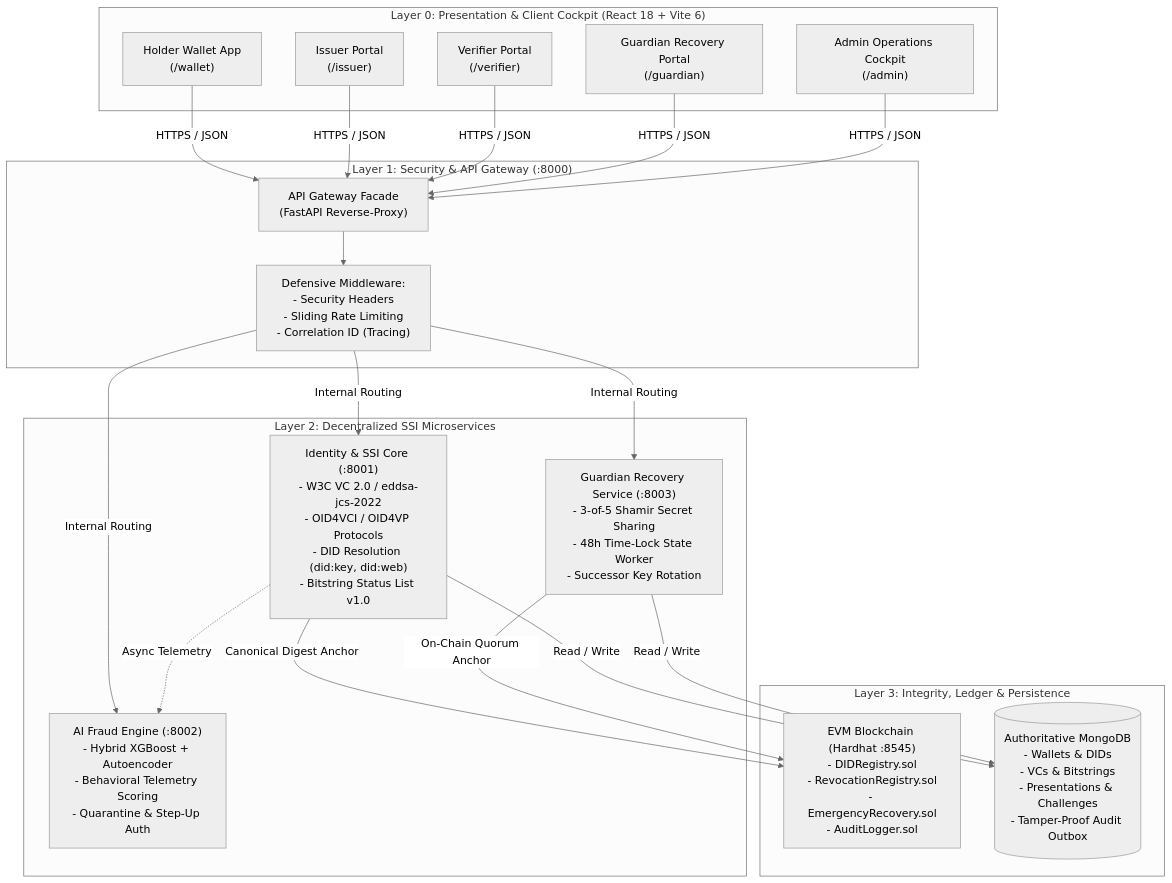
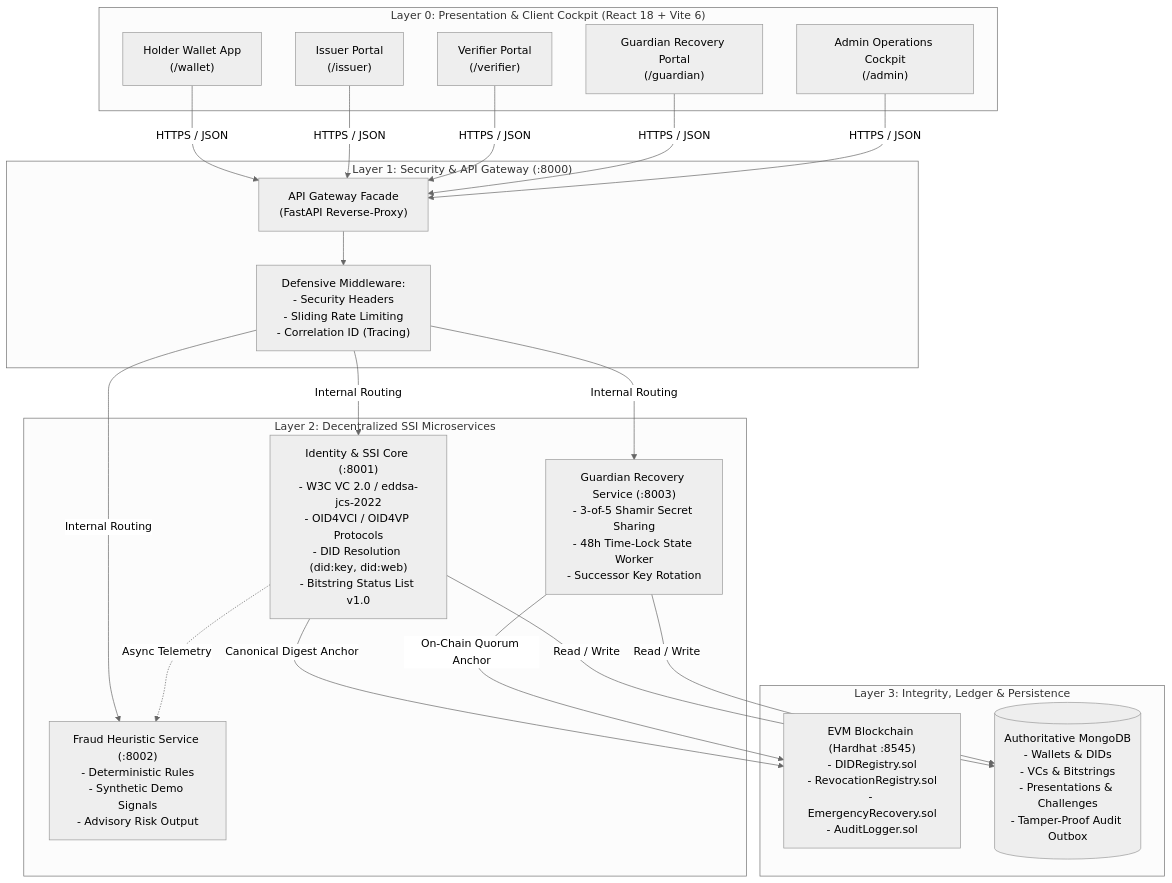
The first of 13 diagrams in docs/diagrams/README.md (charafeddine99/secure-ssi-platform), drawn with Mermaid (neutral theme) before and after one commit. The commit also changed other lines of this file and 251 other files, not shown here.

````diff
--- a/docs/diagrams/README.md
+++ b/docs/diagrams/README.md
@@ -29,43 +29,43 @@
 ```mermaid
 graph TB
     subgraph Client_Layer ["Layer 0: Presentation & Client Cockpit (React 18 + Vite 6)"]
         UI_Holder["Holder Wallet App<br/>(/wallet)"]
         UI_Issuer["Issuer Portal<br/>(/issuer)"]
         UI_Verifier["Verifier Portal<br/>(/verifier)"]
         UI_Guardian["Guardian Recovery Portal<br/>(/guardian)"]
         UI_Admin["Admin Operations Cockpit<br/>(/admin)"]
     end
 
     subgraph Gateway_Layer ["Layer 1: Security & API Gateway (:8000)"]
         GW["API Gateway Facade<br/>(FastAPI Reverse-Proxy)"]
         GW_Sec["Defensive Middleware:<br/>- Security Headers<br/>- Sliding Rate Limiting<br/>- Correlation ID (Tracing)"]
     end
 
     subgraph Core_Services ["Layer 2: Decentralized SSI Microservices"]
         ID_SVC["Identity & SSI Core (:8001)<br/>- W3C VC 2.0 / eddsa-jcs-2022<br/>- OID4VCI / OID4VP Protocols<br/>- DID Resolution (did:key, did:web)<br/>- Bitstring Status List v1.0"]
-        FRAUD_SVC["AI Fraud Engine (:8002)<br/>- Hybrid XGBoost + Autoencoder<br/>- Behavioral Telemetry Scoring<br/>- Quarantine & Step-Up Auth"]
+        FRAUD_SVC["Fraud Heuristic Service (:8002)<br/>- Deterministic Rules<br/>- Synthetic Demo Signals<br/>- Advisory Risk Output"]
         REC_SVC["Guardian Recovery Service (:8003)<br/>- 3-of-5 Shamir Secret Sharing<br/>- 48h Time-Lock State Worker<br/>- Successor Key Rotation"]
     end
 
     subgraph Integrity_Layer ["Layer 3: Integrity, Ledger & Persistence"]
         EVM["EVM Blockchain (Hardhat :8545)<br/>- DIDRegistry.sol<br/>- RevocationRegistry.sol<br/>- EmergencyRecovery.sol<br/>- AuditLogger.sol"]
         MONGO[("Authoritative MongoDB<br/>- Wallets & DIDs<br/>- VCs & Bitstrings<br/>- Presentations & Challenges<br/>- Tamper-Proof Audit Outbox")]
     end
 
     UI_Holder -->|HTTPS / JSON| GW
     UI_Issuer -->|HTTPS / JSON| GW
     UI_Verifier -->|HTTPS / JSON| GW
     UI_Guardian -->|HTTPS / JSON| GW
     UI_Admin -->|HTTPS / JSON| GW
 
     GW --> GW_Sec
     GW_Sec -->|Internal Routing| ID_SVC
     GW_Sec -->|Internal Routing| FRAUD_SVC
     GW_Sec -->|Internal Routing| REC_SVC
 
     ID_SVC -->|Read / Write| MONGO
     REC_SVC -->|Read / Write| MONGO
     ID_SVC -.->|Async Telemetry| FRAUD_SVC
     ID_SVC -->|Canonical Digest Anchor| EVM
     REC_SVC -->|On-Chain Quorum Anchor| EVM
 ```
````
